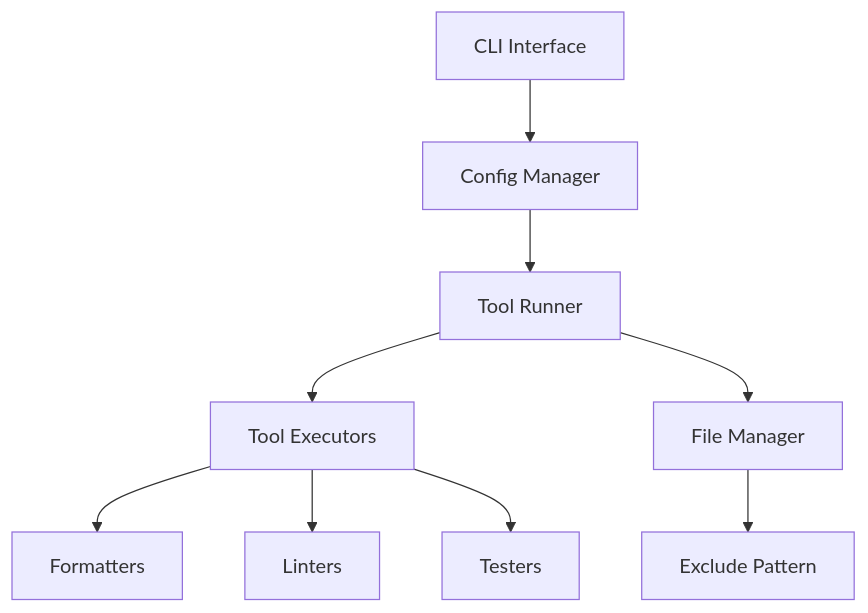
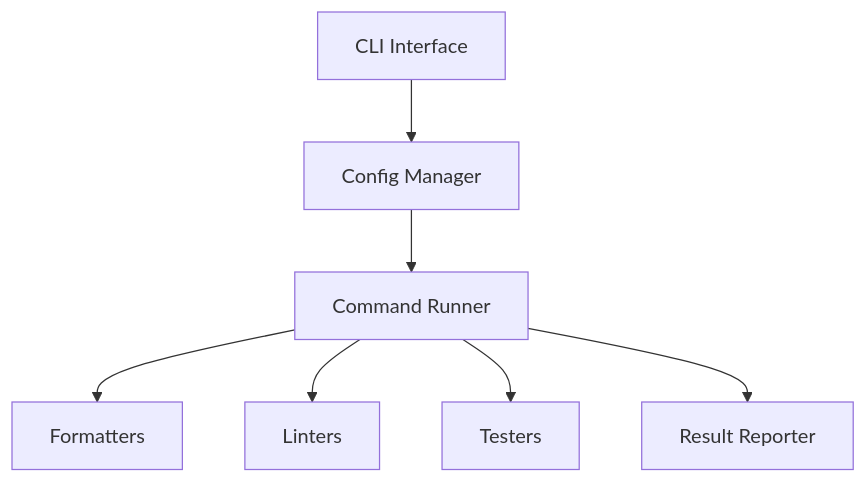
Before and after one commit to ak110/pyfltr: the diagram in memory-bank/systemPatterns.md, drawn with Mermaid. The commit also changed other lines of this file and 5 other files, not shown here.

````diff
--- a/memory-bank/systemPatterns.md
+++ b/memory-bank/systemPatterns.md
@@ -7,11 +5,9 @@
 ```mermaid
 graph TD
     CLI[CLI Interface] --> Config[Config Manager]
-    Config --> Runner[Tool Runner]
-    Runner --> Tools[Tool Executors]
-    Tools --> Format[Formatters]
-    Tools --> Lint[Linters]
-    Tools --> Test[Testers]
-    Runner --> FileManager[File Manager]
-    FileManager --> Exclude[Exclude Pattern]
+    Config --> CommandRunner[Command Runner]
+    CommandRunner --> Formatters[Formatters]
+    CommandRunner --> Linters[Linters]
+    CommandRunner --> Testers[Testers]
+    CommandRunner --> Reporter[Result Reporter]
 ```
````
